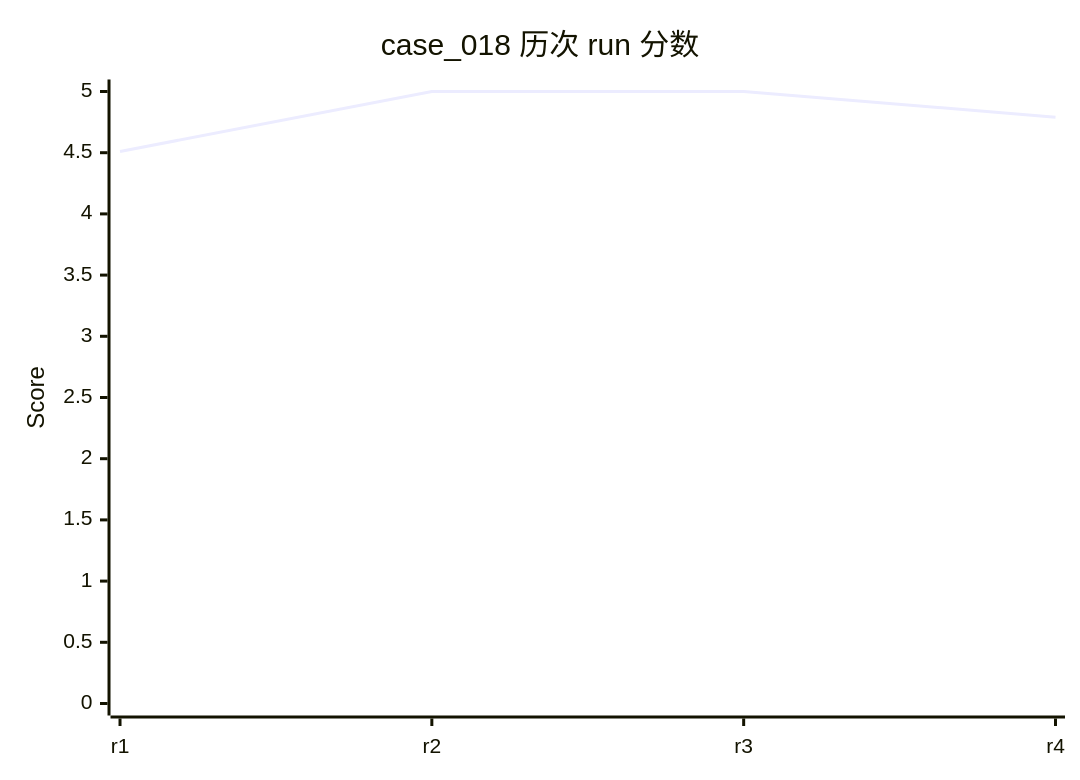
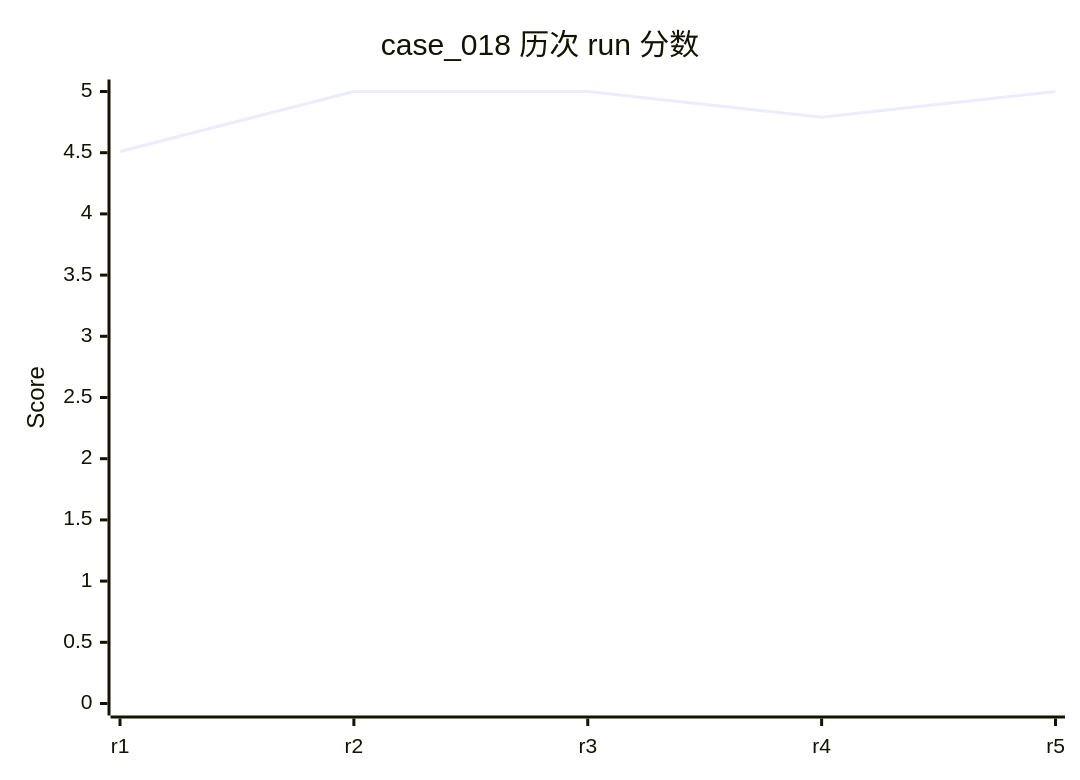
One commit to rushengzhou/sid-code changed diagram 22 of 58 in evals/DASHBOARD.md. Above: the diagram before and after it, drawn with Mermaid. The commit also changed other lines of this file and 53 other files, not shown here.

````diff
--- a/evals/DASHBOARD.md
+++ b/evals/DASHBOARD.md
@@ -496,7 +497,7 @@
 ```mermaid
 xychart-beta
     title "case_018 历次 run 分数"
-    x-axis [r1, r2, r3, r4]
+    x-axis [r1, r2, r3, r4, r5]
     y-axis "Score" 0 --> 5
-    line [4.51, 5.00, 5.00, 4.79]
+    line [4.51, 5.00, 5.00, 4.79, 5.00]
 ```
````
